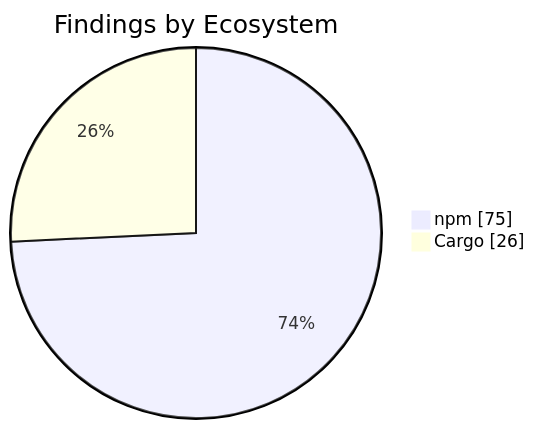
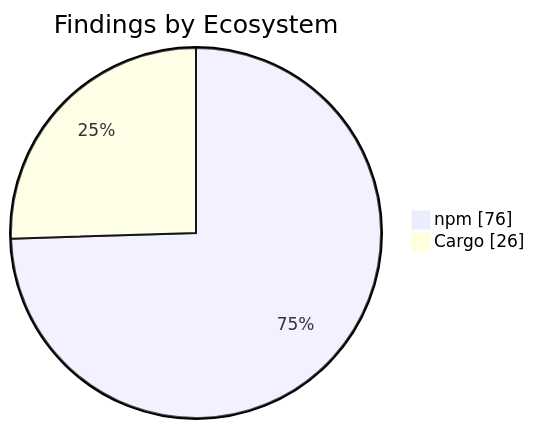
Before and after one commit to KBVE/kbve: the second of 2 diagrams in apps/kbve/astro-kbve/src/content/docs/dashboard/security.mdx, drawn with Mermaid. The commit also changed other lines of this file and 8 other files, not shown here.

````diff
--- a/apps/kbve/astro-kbve/src/content/docs/dashboard/security.mdx
+++ b/apps/kbve/astro-kbve/src/content/docs/dashboard/security.mdx
@@ -73,6 +73,6 @@
 ```mermaid
 pie showData
     title Findings by Ecosystem
-    "npm" : 75
+    "npm" : 76
     "Cargo" : 26
 ```
````
